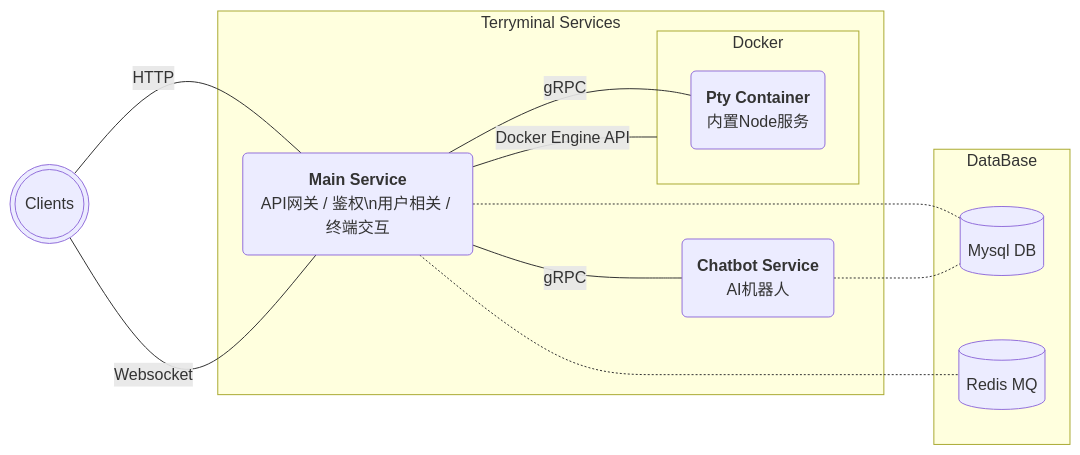
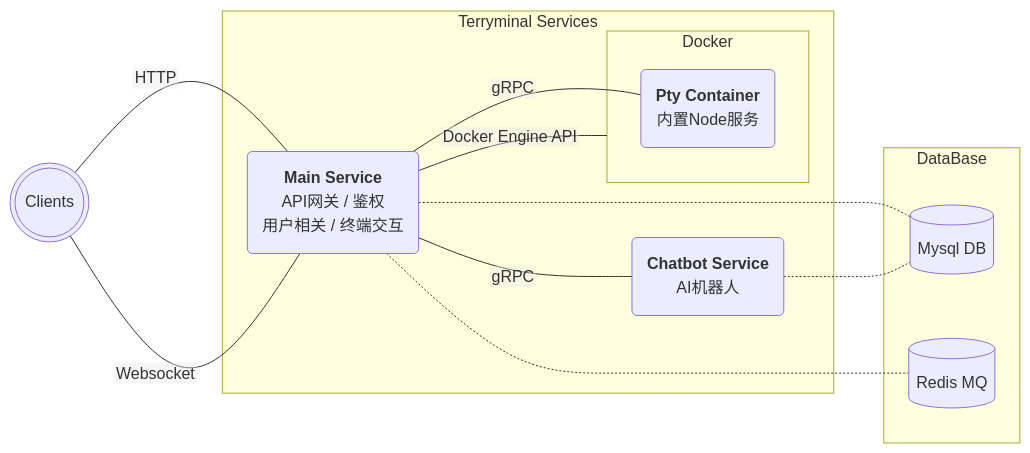
The diagram in README.md (Banana-Boat/terryminal-be), drawn with Mermaid before and after one commit.

Commit message:
feat: readme增加架构图

````diff
--- a/README.md
+++ b/README.md
@@ -11,23 +11,25 @@
 ```mermaid
+%%{init: {"flowchart": {"htmlLabels": false}} }%%
 flowchart LR
   id_client(((Clients))) --HTTP--- id_main("`**Main Service**
-  API网关 / 鉴权\n用户相关 / 终端交互`")
+  API网关 / 鉴权
+  用户相关 / 终端交互`")
   id_client --Websocket--- id_main
 
   subgraph Terryminal Services
   id_main --gRPC--- id_chatbot("`**Chatbot Service**
   AI机器人`")
   id_main --Docker Engine API--- Docker
   end
 
   subgraph DataBase
   id_main -.- id_mysql[(Mysql DB)]
   id_chatbot -.- id_mysql
   id_main -.- id_redis[(Redis MQ)]
   end
 
   subgraph Docker
   id_main --gRPC--- id_bash("`**Pty Container**
   内置Node服务`")
   end
 ```
````
